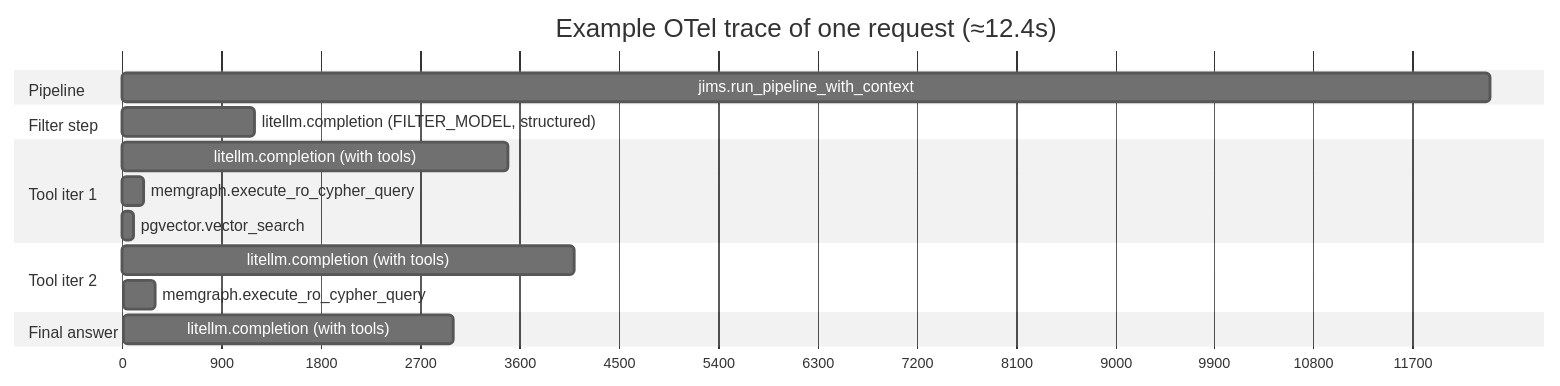
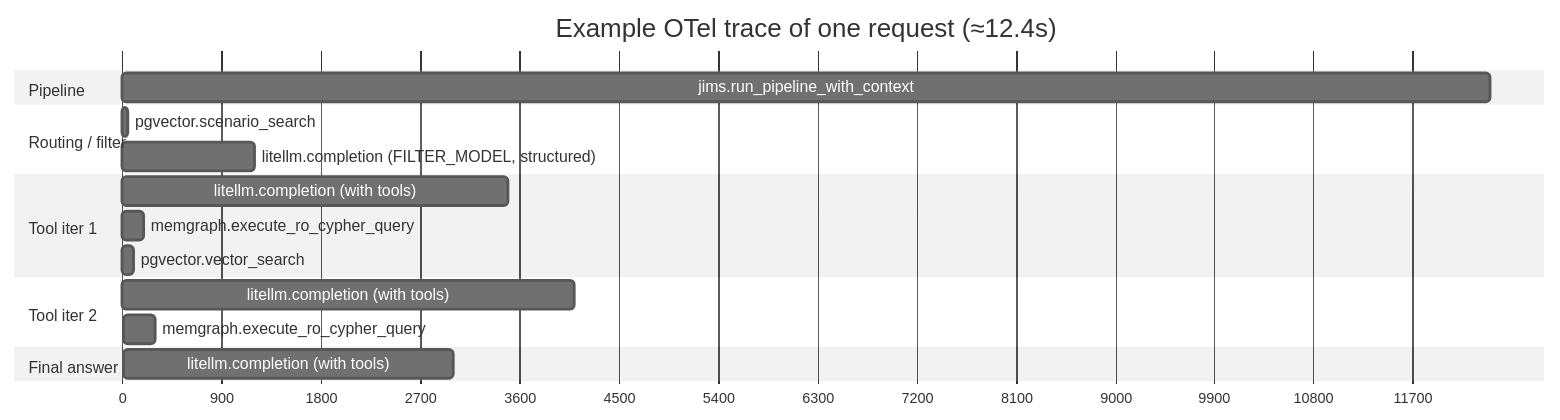
One commit to epoch8/vedana changed the diagram in docs/architecture/observability.md. Above: the diagram before and after it, drawn with Mermaid (neutral theme). The commit also changed other lines of this file and 35 other files, not shown here.

````diff
--- a/docs/architecture/observability.md
+++ b/docs/architecture/observability.md
@@ -26,24 +33,25 @@
 ```mermaid
 gantt
     title Example OTel trace of one request (≈12.4s)
     dateFormat X
     axisFormat %s
 
     section Pipeline
     jims.run_pipeline_with_context :a1, 0, 12400
 
-    section Filter step
+    section Routing / filter
+    pgvector.scenario_search :a0, 50, 50
     litellm.completion (FILTER_MODEL, structured) :a2, 100, 1200
 
     section Tool iter 1
     litellm.completion (with tools) :a3, 1300, 3500
     memgraph.execute_ro_cypher_query :a4, 4500, 200
     pgvector.vector_search :a5, 4500, 100
 
     section Tool iter 2
     litellm.completion (with tools) :a6, 5000, 4100
     memgraph.execute_ro_cypher_query :a7, 8800, 300
 
     section Final answer
     litellm.completion (with tools) :a8, 9300, 3000
 ```
````
